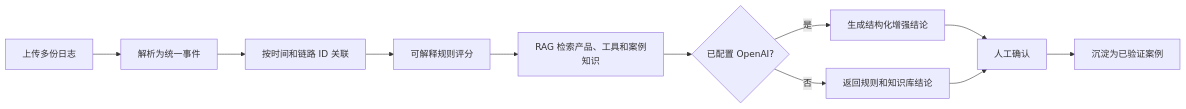
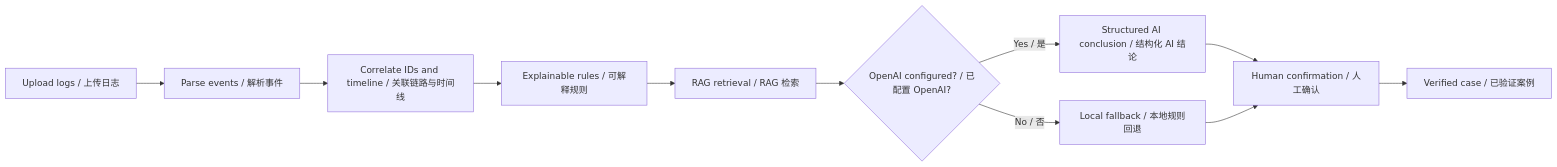
One commit to hkx303/tracejudge-ai changed the diagram in README.md. Above: the diagram before and after it, drawn with Mermaid. The commit also changed other lines of this file and 31 other files, not shown here.

````diff
--- a/README.md
+++ b/README.md
@@ -34,13 +40,13 @@
 ```mermaid
 flowchart LR
-    A[上传多份日志] --> B[解析为统一事件]
-    B --> C[按时间和链路 ID 关联]
-    C --> D[可解释规则评分]
-    D --> E[RAG 检索产品、工具和案例知识]
-    E --> F{已配置 OpenAI?}
-    F -->|是| G[生成结构化增强结论]
-    F -->|否| H[返回规则和知识库结论]
-    G --> I[人工确认]
+    A[Upload logs / 上传日志] --> B[Parse events / 解析事件]
+    B --> C[Correlate IDs and timeline / 关联链路与时间线]
+    C --> D[Explainable rules / 可解释规则]
+    D --> E[RAG retrieval / RAG 检索]
+    E --> F{OpenAI configured? / 已配置 OpenAI?}
+    F -->|Yes / 是| G[Structured AI conclusion / 结构化 AI 结论]
+    F -->|No / 否| H[Local fallback / 本地规则回退]
+    G --> I[Human confirmation / 人工确认]
     H --> I
-    I --> J[沉淀为已验证案例]
+    I --> J[Verified case / 已验证案例]
 ```
````
